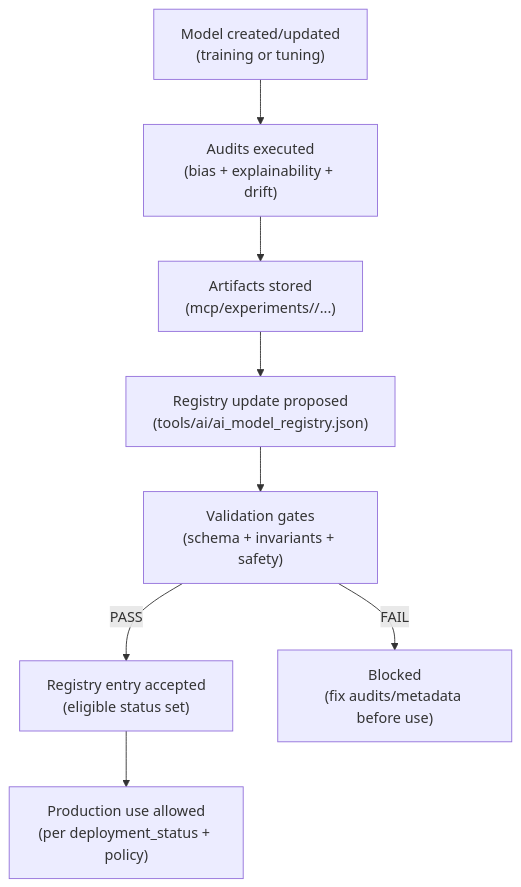
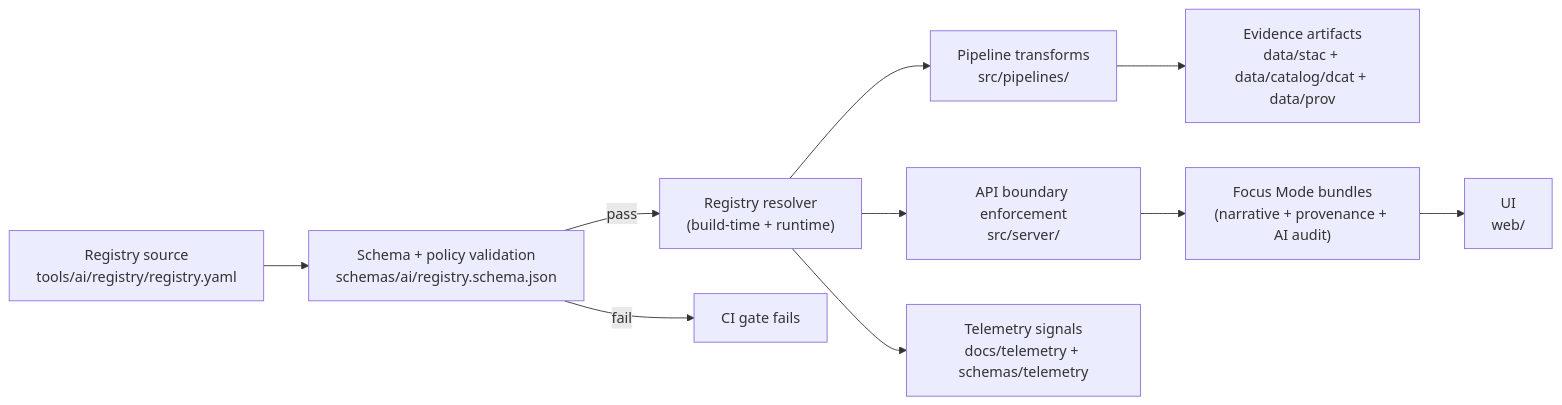
One commit to bartytime4life/Kansas-Frontier-Matrix changed the first of 2 diagrams in tools/ai/registry/README.md. Above: the diagram before and after it, drawn with Mermaid. The commit also changed other lines of this file, not shown here.

```diff
--- a/tools/ai/registry/README.md
+++ b/tools/ai/registry/README.md
@@ -217,10 +202,15 @@
 ~~~mermaid
-flowchart TD
-  A["Model created/updated<br/>(training or tuning)"] --> B["Audits executed<br/>(bias + explainability + drift)"]
-  B --> C["Artifacts stored<br/>(mcp/experiments/<run-id>/...)"]
-  C --> D["Registry update proposed<br/>(tools/ai/ai_model_registry.json)"]
-  D --> E["Validation gates<br/>(schema + invariants + safety)"]
-  E -->|PASS| F["Registry entry accepted<br/>(eligible status set)"]
-  E -->|FAIL| G["Blocked<br/>(fix audits/metadata before use)"]
-  F --> H["Production use allowed<br/>(per deployment_status + policy)"]
+flowchart LR
+  A["Registry source<br/>tools/ai/registry/registry.yaml"] --> B["Schema + policy validation<br/>schemas/ai/registry.schema.json"]
+  B -->|pass| C["Registry resolver<br/>(build-time + runtime)"]
+  B -->|fail| X["CI gate fails"]
+
+  C --> D["API boundary enforcement<br/>src/server/"]
+  C --> E["Pipeline transforms<br/>src/pipelines/"]
+
+  E --> F["Evidence artifacts<br/>data/stac + data/catalog/dcat + data/prov"]
+  D --> G["Focus Mode bundles<br/>(narrative + provenance + AI audit)"]
+  G --> H["UI<br/>web/"]
+
+  C --> T["Telemetry signals<br/>docs/telemetry + schemas/telemetry"]
 ~~~
```
